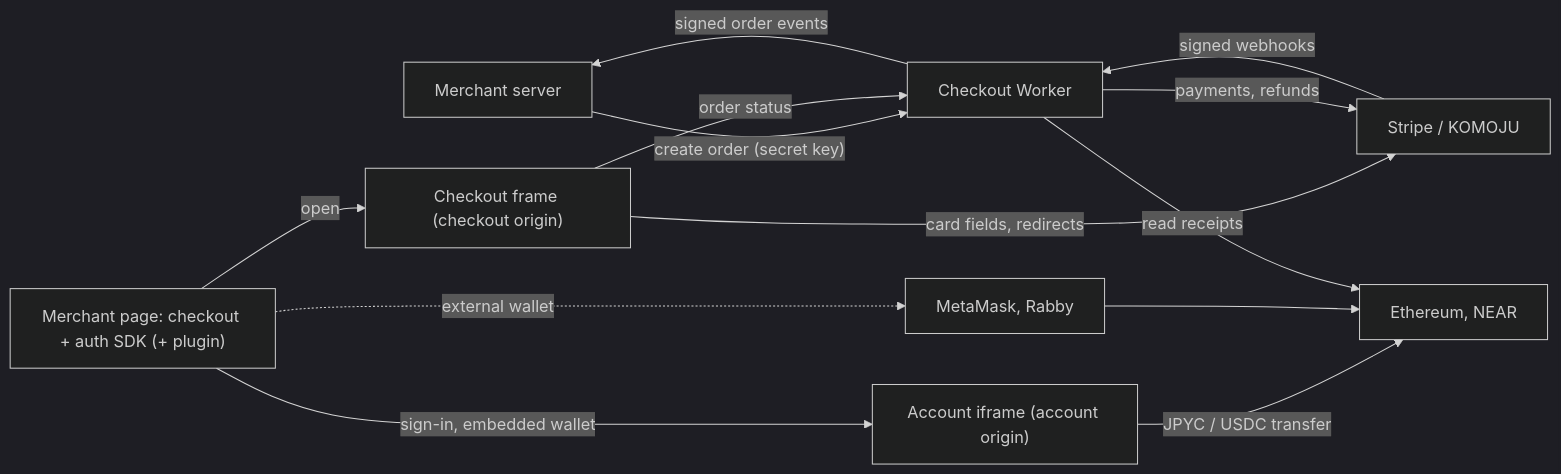
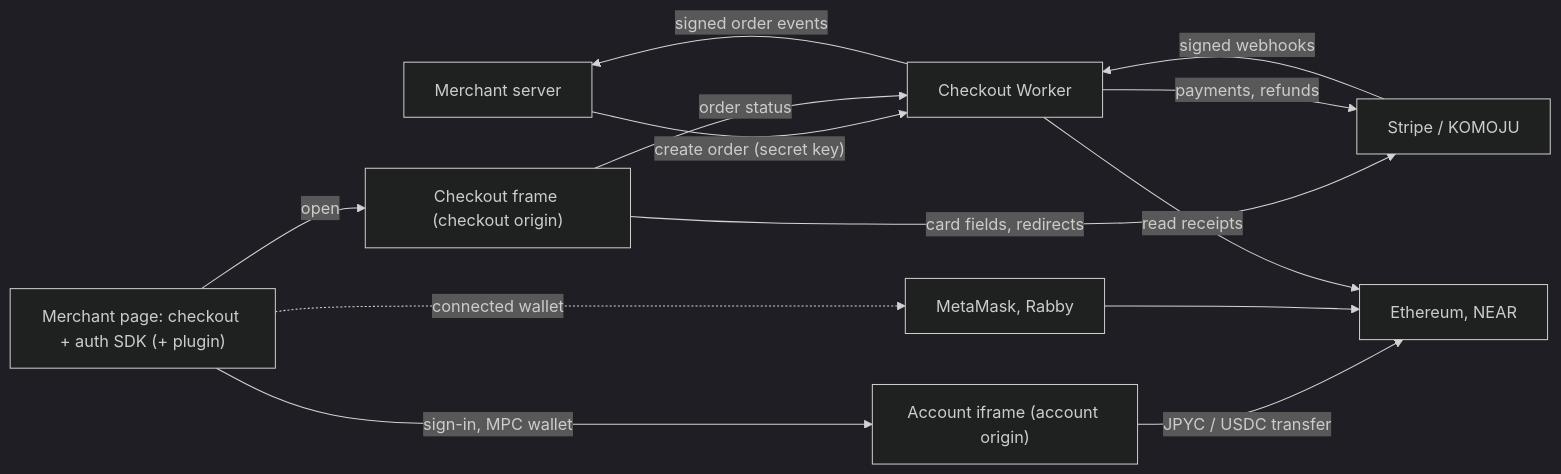
The second of 3 diagrams in docs/refactor-250-seams-checkout.md (seams-tech/seams-wallet), drawn with Mermaid (dark theme) before and after one commit. The commit also changed other lines of this file and 1 other file, not shown here.

Commit message:
Plan: name the wallet packages mpc-wallet and wallet-connectors; auth runs in the account iframe

````diff
--- a/docs/refactor-250-seams-checkout.md
+++ b/docs/refactor-250-seams-checkout.md
@@ -234,15 +236,15 @@
 ```mermaid
 flowchart LR
     MS["Merchant server"] -->|"create order (secret key)"| CW["Checkout Worker"]
     App["Merchant page: checkout + auth SDK (+ plugin)"] -->|"open"| CF["Checkout frame (checkout origin)"]
-    App -->|"sign-in, embedded wallet"| AI["Account iframe (account origin)"]
-    App -. "external wallet" .-> EW["MetaMask, Rabby"]
+    App -->|"sign-in, MPC wallet"| AI["Account iframe (account origin)"]
+    App -. "connected wallet" .-> EW["MetaMask, Rabby"]
     CF -->|"card fields, redirects"| PSP["Stripe / KOMOJU"]
     CF -->|"order status"| CW
     AI -->|"JPYC / USDC transfer"| Chain["Ethereum, NEAR"]
     EW --> Chain
     CW -->|"payments, refunds"| PSP
     PSP -->|"signed webhooks"| CW
     CW -->|"read receipts"| Chain
     CW -->|"signed order events"| MS
 ```
````
